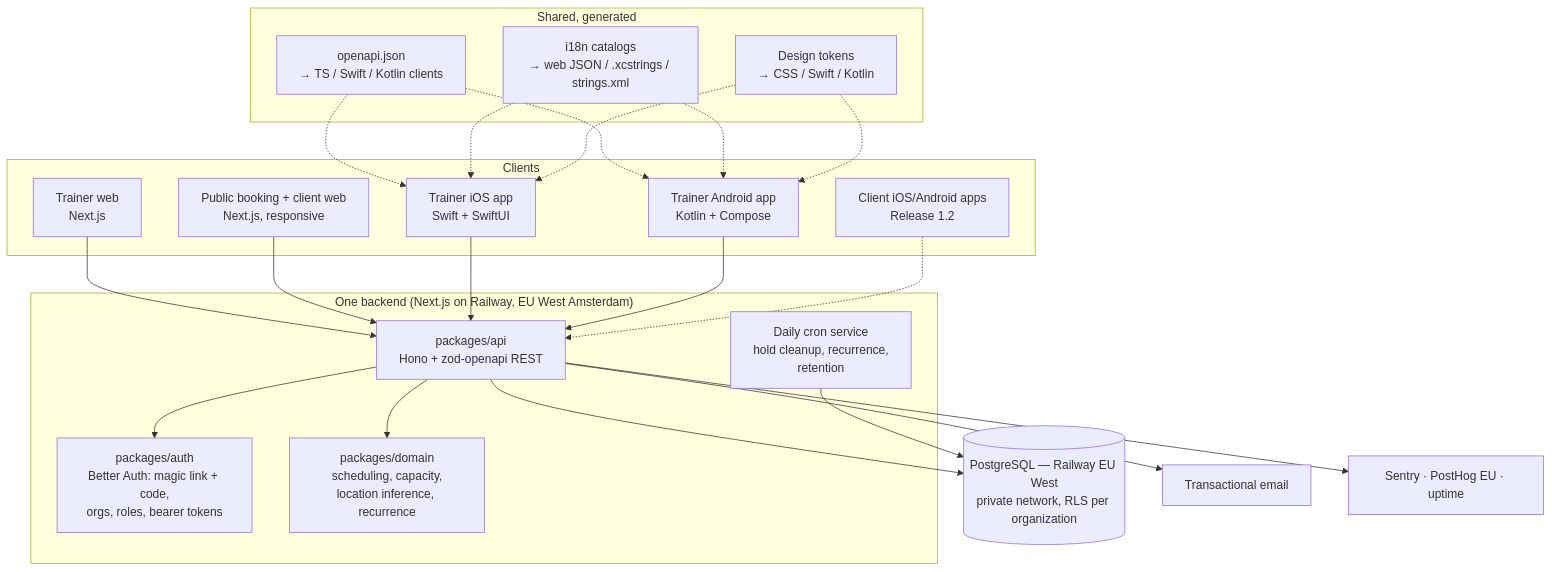
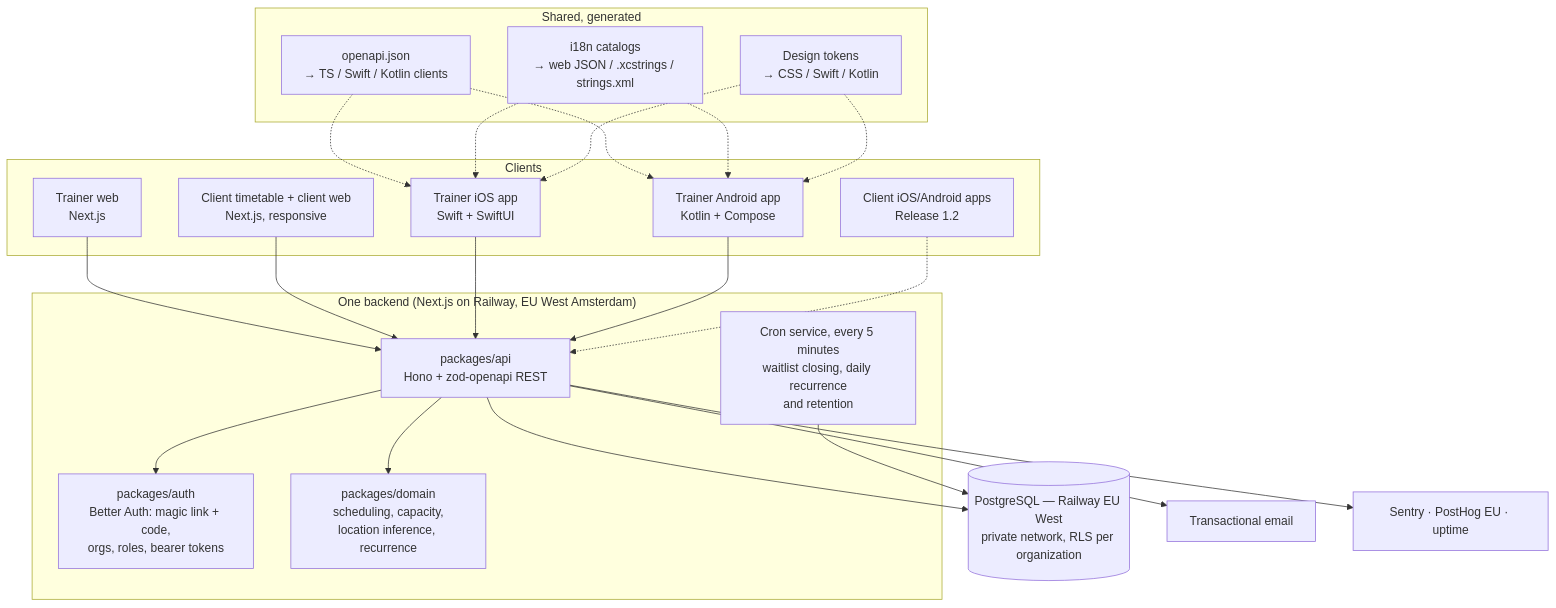
Before and after one commit to fivvi-app/fivvi: the second of 2 diagrams in docs/product/ROADMAP.md, drawn with Mermaid. The commit also changed other lines of this file and 10 other files, not shown here.

````diff
--- a/docs/product/ROADMAP.md
+++ b/docs/product/ROADMAP.md
@@ -737,45 +748,45 @@
 ```mermaid
 flowchart TB
   subgraph Clients
     TW[Trainer web<br/>Next.js]
-    PB[Public booking + client web<br/>Next.js, responsive]
+    PB[Client timetable + client web<br/>Next.js, responsive]
     IOS[Trainer iOS app<br/>Swift + SwiftUI]
     AND[Trainer Android app<br/>Kotlin + Compose]
     CM[Client iOS/Android apps<br/>Release 1.2]
   end
 
   subgraph Contract["Shared, generated"]
     OAS[openapi.json<br/>→ TS / Swift / Kotlin clients]
     STR[i18n catalogs<br/>→ web JSON / .xcstrings / strings.xml]
     TOK[Design tokens<br/>→ CSS / Swift / Kotlin]
   end
 
   subgraph Backend["One backend (Next.js on Railway, EU West Amsterdam)"]
     API[packages/api<br/>Hono + zod-openapi REST]
     AUTH[packages/auth<br/>Better Auth: magic link + code,<br/>orgs, roles, bearer tokens]
     DOM[packages/domain<br/>scheduling, capacity,<br/>location inference, recurrence]
-    CRON[Daily cron service<br/>hold cleanup, recurrence,<br/>retention]
+    CRON[Cron service, every 5 minutes<br/>waitlist closing, daily recurrence<br/>and retention]
   end
 
   DB[(PostgreSQL — Railway EU West<br/>private network, RLS per organization)]
   MAIL[Transactional email]
   OBS[Sentry · PostHog EU · uptime]
 
   TW --> API
   PB --> API
   IOS --> API
   AND --> API
   CM -.-> API
   OAS -.-> IOS
   OAS -.-> AND
   STR -.-> IOS
   STR -.-> AND
   TOK -.-> IOS
   TOK -.-> AND
   API --> AUTH
   API --> DOM
   API --> DB
   API --> MAIL
   CRON --> DB
   API --> OBS
 ```
````
